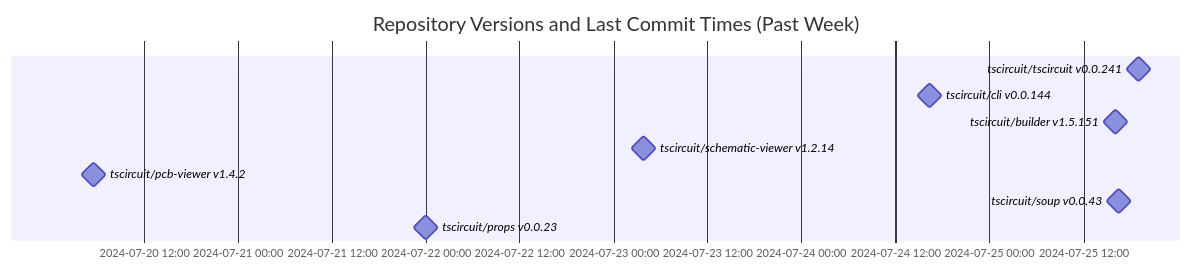
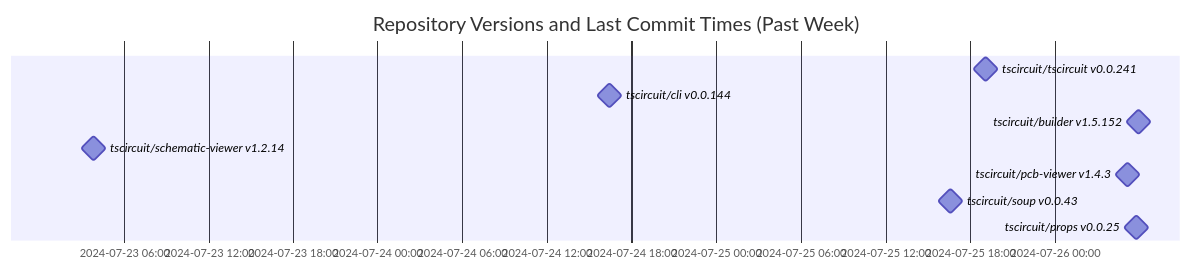
Before and after one commit to tscircuit/version-tracker: the diagram in README.md, drawn with Mermaid.

Commit message:
Update chart

````diff
--- a/README.md
+++ b/README.md
@@ -1,14 +1,14 @@
 ```mermaid
 gantt
   dateFormat  YYYY-MM-DD HH:mm:ss
   title Repository Versions and Last Commit Times (Past Week)
   axisFormat %Y-%m-%d %H:%M
 
   tscircuit/tscircuit v0.0.241 : milestone, 2024-07-25 19:04:38, 1s
   tscircuit/cli v0.0.144 : milestone, 2024-07-24 16:24:13, 1s
-  tscircuit/builder v1.5.151 : milestone, 2024-07-25 16:09:34, 1s
+  tscircuit/builder v1.5.152 : milestone, 2024-07-26 05:55:45, 1s
   tscircuit/schematic-viewer v1.2.14 : milestone, 2024-07-23 03:50:56, 1s
-  tscircuit/pcb-viewer v1.4.2 : milestone, 2024-07-20 05:34:23, 1s
+  tscircuit/pcb-viewer v1.4.3 : milestone, 2024-07-26 05:10:56, 1s
   tscircuit/soup v0.0.43 : milestone, 2024-07-25 16:35:25, 1s
-  tscircuit/props v0.0.23 : milestone, 2024-07-21 23:57:13, 1s
+  tscircuit/props v0.0.25 : milestone, 2024-07-26 05:44:11, 1s
 ```
````
